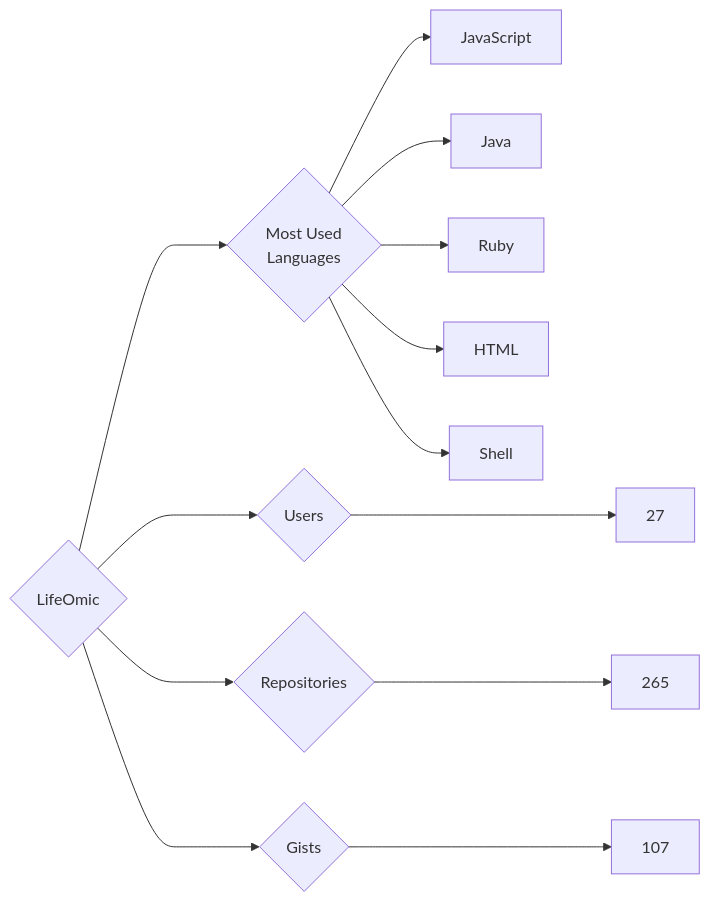
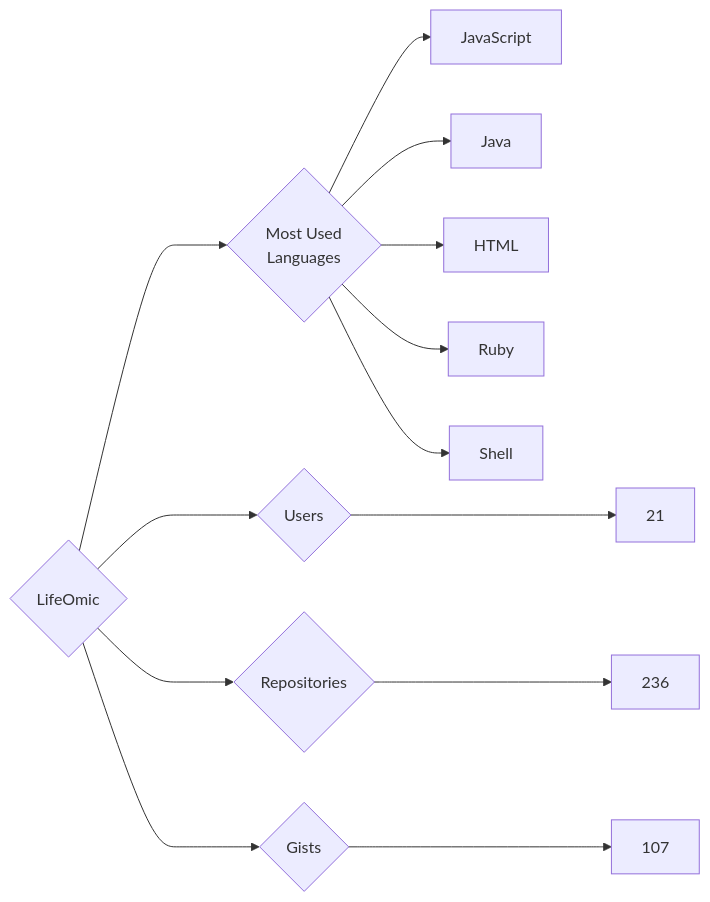
One commit to trickest/insiders changed the diagram in targets/LifeOmic/README.md. Above: the diagram before and after it, drawn with Mermaid. The commit also changed 934 other files, not shown here.

````diff
--- a/targets/LifeOmic/README.md
+++ b/targets/LifeOmic/README.md
@@ -3,13 +3,13 @@
 ```mermaid
 graph LR
 COMPANY_NAME{LifeOmic}
-COMPANY_NAME ---> U{Users} ---> UN[27]
-COMPANY_NAME ---> R{Repositories} ---> RN[265]
+COMPANY_NAME ---> U{Users} ---> UN[21]
+COMPANY_NAME ---> R{Repositories} ---> RN[236]
 COMPANY_NAME ---> G{Gists} ---> GN[107]
 COMPANY_NAME ---> ML{Most Used<br>Languages}
 ML --> JavaScript[JavaScript]
 ML --> Java[Java]
+ML --> HTML[HTML]
 ML --> Ruby[Ruby]
-ML --> HTML[HTML]
 ML --> Shell[Shell]
 ```
````
